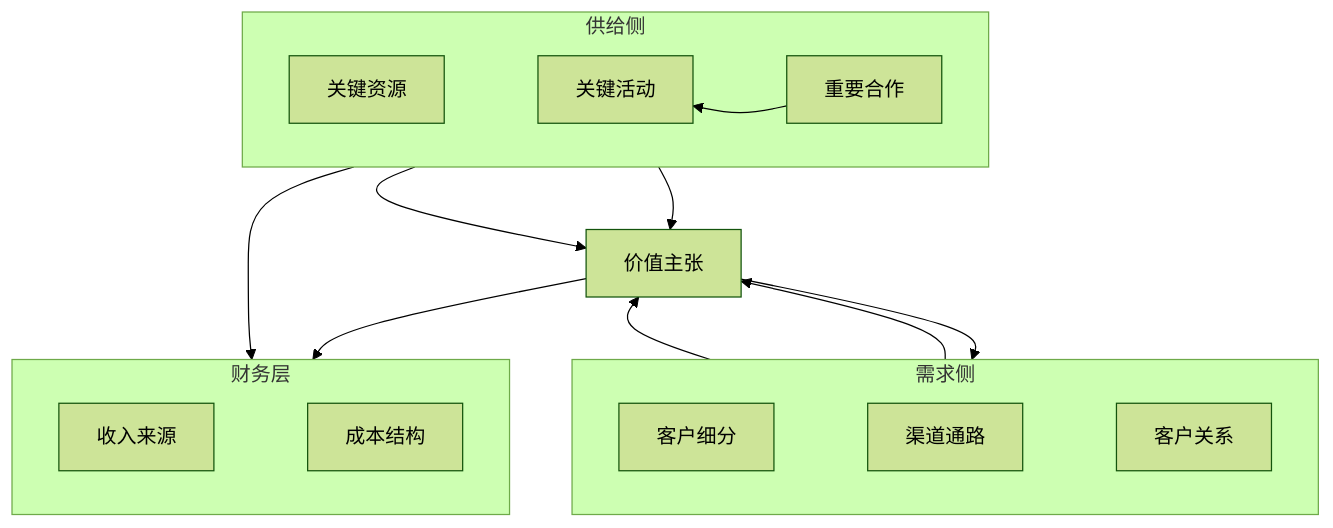
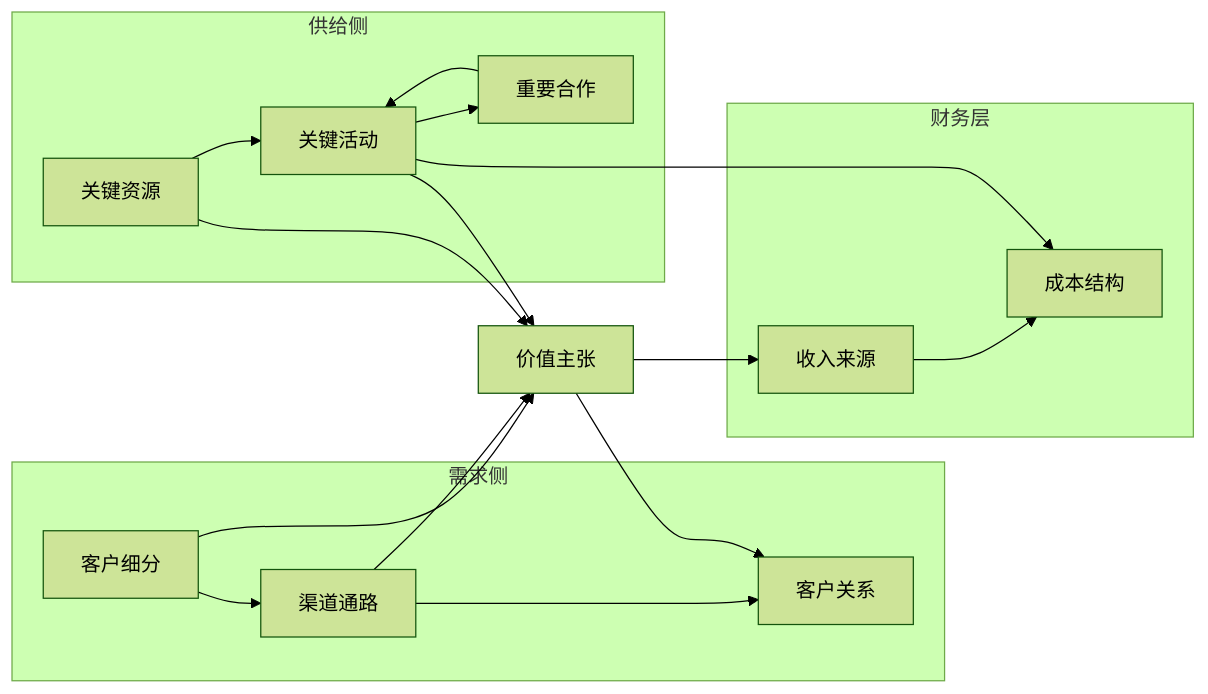
One commit to zrxparley/business-model-canvas-agents changed the first of 2 diagrams in README.md. Above: the diagram before and after it, drawn with Mermaid (forest theme). The commit also changed 1 other file, not shown here.

Commit message:
fix: 修复 README mermaid 9 宫格画布不渲染问题
🐛 移除 GitHub 不支持的 '~~~' 不可见链接语法
🔧 改用 'A --> B --> C' 链式箭头表达水平排列

````diff
--- a/README.md
+++ b/README.md
@@ -123,24 +123,21 @@
 ```mermaid
-flowchart TB
+flowchart LR
     subgraph 需求侧
-        direction LR
-        CS[客户细分] ~~~ CH[渠道通路] ~~~ CR[客户关系]
+        CS[客户细分] --> CH[渠道通路] --> CR[客户关系]
     end
     VP[价值主张]
     subgraph 供给侧
-        direction LR
-        KR[关键资源] ~~~ KA[关键活动] ~~~ KP[重要合作]
+        KR[关键资源] --> KA[关键活动] --> KP[重要合作]
     end
     subgraph 财务层
-        direction LR
-        RS[收入来源] ~~~ CST[成本结构]
+        RS[收入来源] --> CST[成本结构]
     end
     CS --> VP
     CH --> VP
     KR --> VP
     KA --> VP
     VP --> CR
     VP --> RS
     KP --> KA
     KA --> CST
 ```
````
